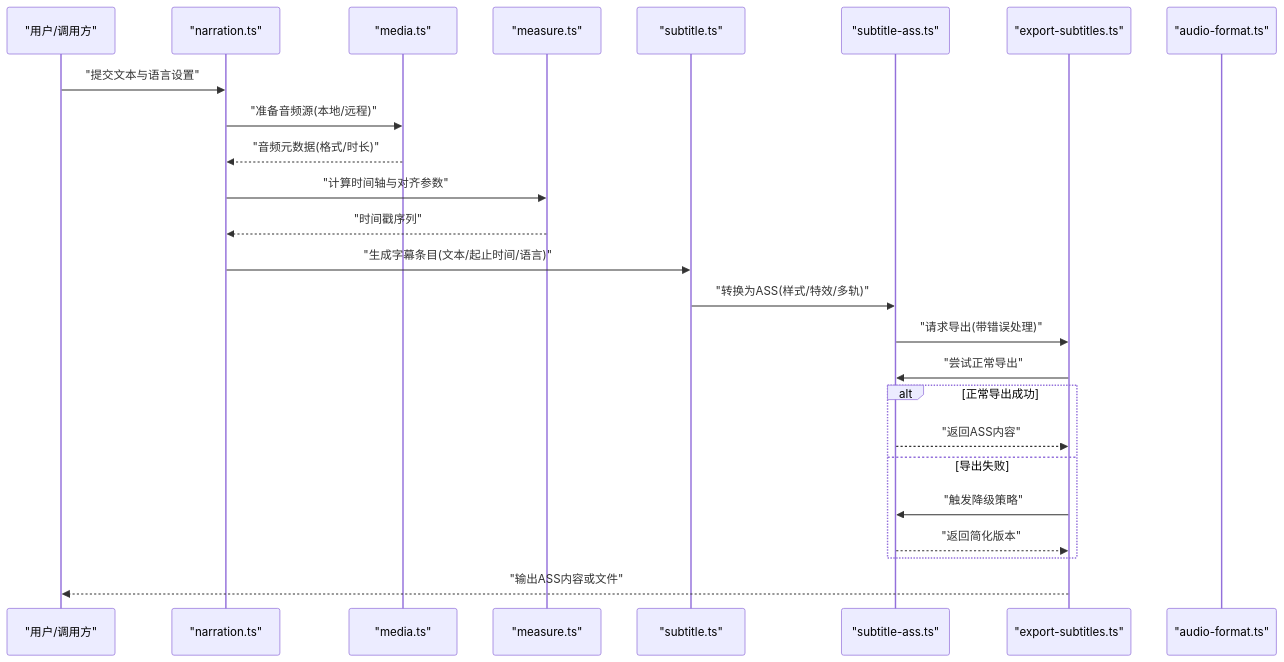
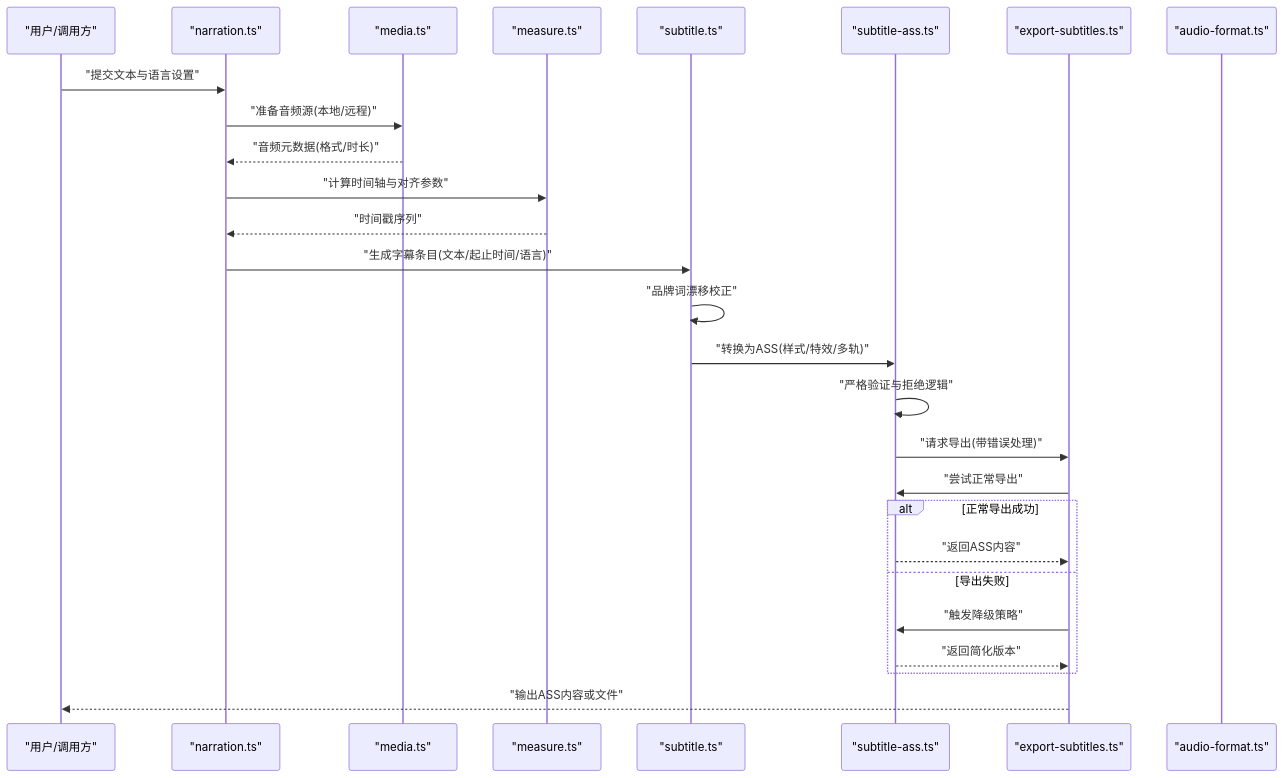
Before and after one commit to scottcwy/PurpleInk: the second of 3 diagrams in .qoder/repowiki/zh/content/音频处理/字幕生成.md, drawn with Mermaid. The commit also changed other lines of this file and 23 other files, not shown here.

````diff
--- a/.qoder/repowiki/zh/content/音频处理/字幕生成.md
+++ b/.qoder/repowiki/zh/content/音频处理/字幕生成.md
@@ -109,27 +112,29 @@
 ```mermaid
 sequenceDiagram
 participant U as "用户/调用方"
 participant N as "narration.ts"
 participant M as "media.ts"
 participant MS as "measure.ts"
 participant S as "subtitle.ts"
 participant A as "subtitle-ass.ts"
 participant E as "export-subtitles.ts"
 participant F as "audio-format.ts"
 U->>N : "提交文本与语言设置"
 N->>M : "准备音频源(本地/远程)"
 M-->>N : "音频元数据(格式/时长)"
 N->>MS : "计算时间轴与对齐参数"
 MS-->>N : "时间戳序列"
 N->>S : "生成字幕条目(文本/起止时间/语言)"
+S->>S : "品牌词漂移校正"
 S->>A : "转换为ASS(样式/特效/多轨)"
+A->>A : "严格验证与拒绝逻辑"
 A->>E : "请求导出(带错误处理)"
 E->>A : "尝试正常导出"
 alt 正常导出成功
 A-->>E : "返回ASS内容"
 else 导出失败
 E->>A : "触发降级策略"
 A-->>E : "返回简化版本"
 end
 E-->>U : "输出ASS内容或文件"
 ```
````
